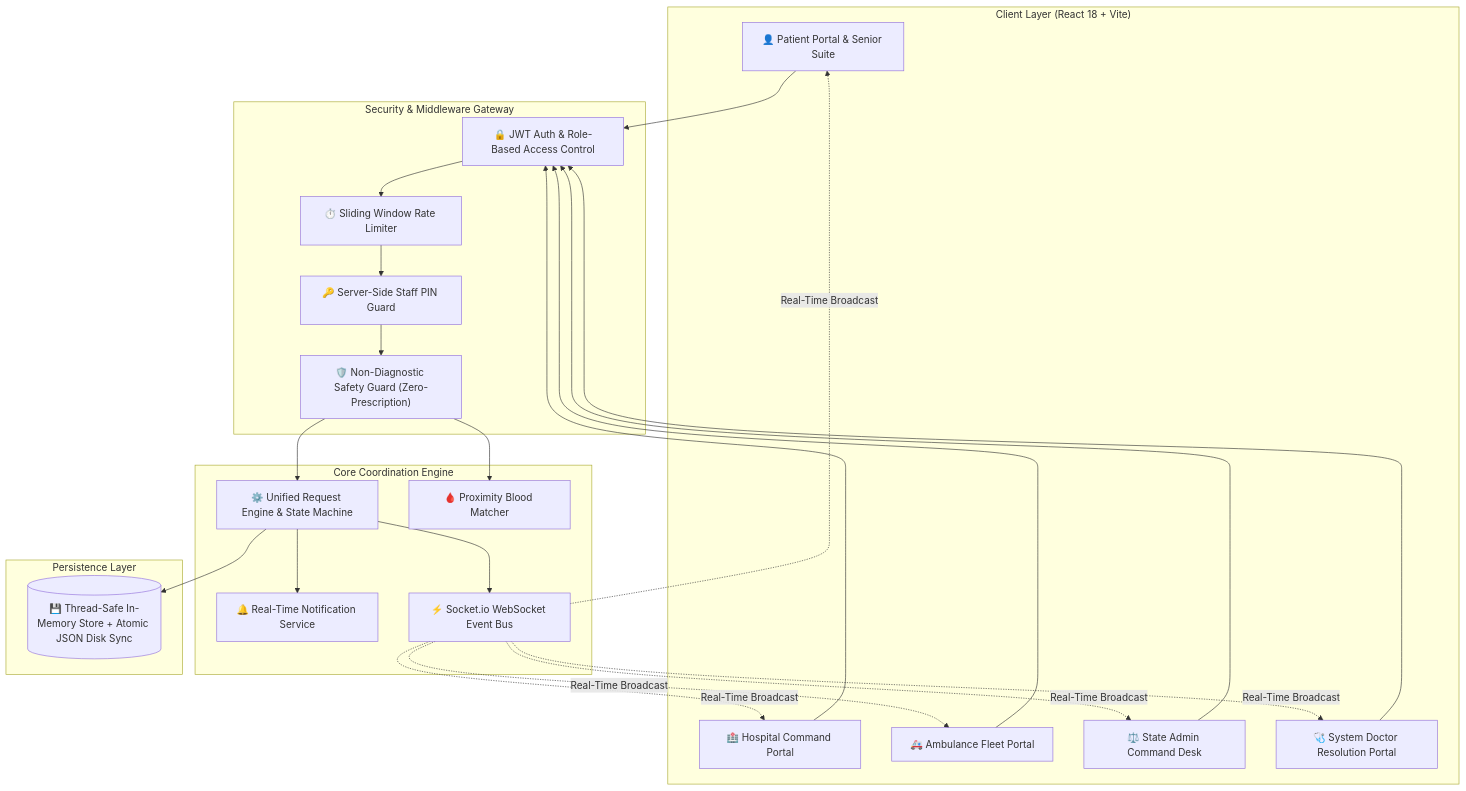
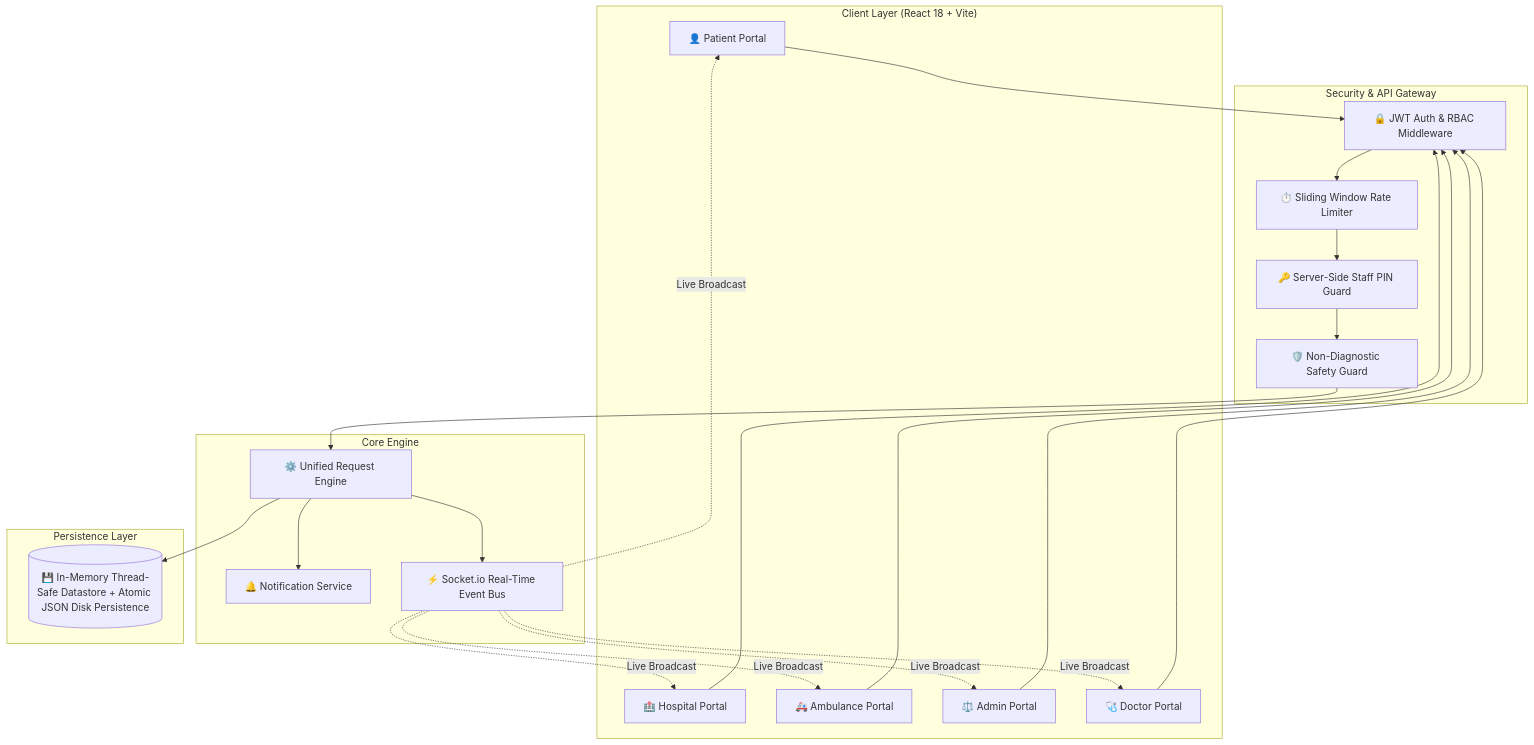
One commit to innocentgaming/FIT-FEST_2026_HACKATHON_medi changed the diagram in README.md. Above: the diagram before and after it, drawn with Mermaid. The commit also changed other lines of this file and 20 other files, not shown here.

````diff
--- a/README.md
+++ b/README.md
@@ -81,49 +92,47 @@
 ```mermaid
 graph TD
     subgraph Client_Layer ["Client Layer (React 18 + Vite)"]
-        P["👤 Patient Portal & Senior Suite"]
-        H["🏥 Hospital Command Portal"]
-        A["🚑 Ambulance Fleet Portal"]
-        AD["⚖️ State Admin Command Desk"]
-        D["🩺 System Doctor Resolution Portal"]
+        P["👤 Patient Portal"]
+        H["🏥 Hospital Portal"]
+        A["🚑 Ambulance Portal"]
+        AD["⚖️ Admin Portal"]
+        D["🩺 Doctor Portal"]
     end
 
-    subgraph Security_Gateway ["Security & Middleware Gateway"]
-        AUTH["🔒 JWT Auth & Role-Based Access Control"]
+    subgraph Security_Gateway ["Security & API Gateway"]
+        AUTH["🔒 JWT Auth & RBAC Middleware"]
         PIN["🔑 Server-Side Staff PIN Guard"]
         RL["⏱️ Sliding Window Rate Limiter"]
-        SG["🛡️ Non-Diagnostic Safety Guard (Zero-Prescription)"]
+        SG["🛡️ Non-Diagnostic Safety Guard"]
     end
 
-    subgraph Core_Engine ["Core Coordination Engine"]
-        RE["⚙️ Unified Request Engine & State Machine"]
-        NS["🔔 Real-Time Notification Service"]
-        SE["⚡ Socket.io WebSocket Event Bus"]
-        BM["🩸 Proximity Blood Matcher"]
+    subgraph Core_Engine ["Core Engine"]
+        RE["⚙️ Unified Request Engine"]
+        NS["🔔 Notification Service"]
+        SE["⚡ Socket.io Real-Time Event Bus"]
     end
 
     subgraph Persistence_Layer ["Persistence Layer"]
-        DB[("💾 Thread-Safe In-Memory Store + Atomic JSON Disk Sync")]
+        DB[("💾 In-Memory Thread-Safe Datastore + Atomic JSON Disk Persistence")]
     end
 
     P --> AUTH
     H --> AUTH
     A --> AUTH
     AD --> AUTH
     D --> AUTH
 
     AUTH --> RL
     RL --> PIN
     PIN --> SG
     SG --> RE
-    SG --> BM
 
     RE --> DB
     RE --> NS
     RE --> SE
-    SE -.->|Real-Time Broadcast| P
-    SE -.->|Real-Time Broadcast| H
-    SE -.->|Real-Time Broadcast| A
-    SE -.->|Real-Time Broadcast| AD
-    SE -.->|Real-Time Broadcast| D
+    SE -.->|Live Broadcast| P
+    SE -.->|Live Broadcast| H
+    SE -.->|Live Broadcast| A
+    SE -.->|Live Broadcast| AD
+    SE -.->|Live Broadcast| D
 ```
````
